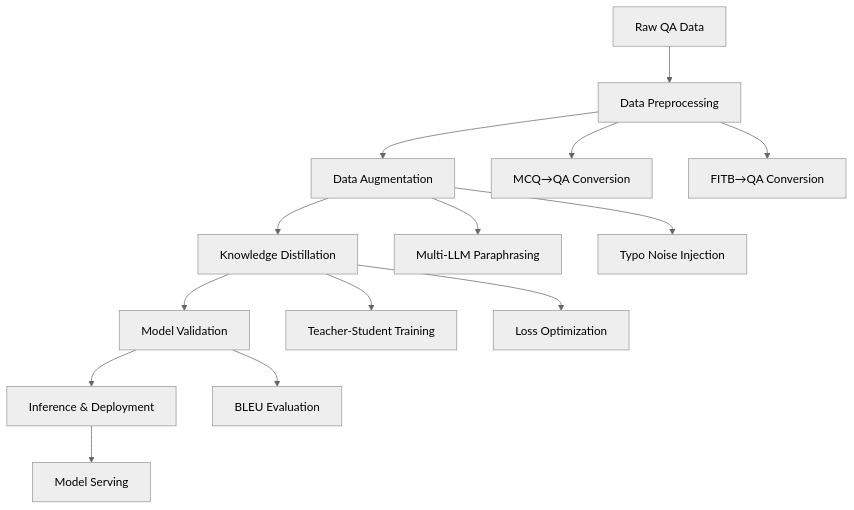
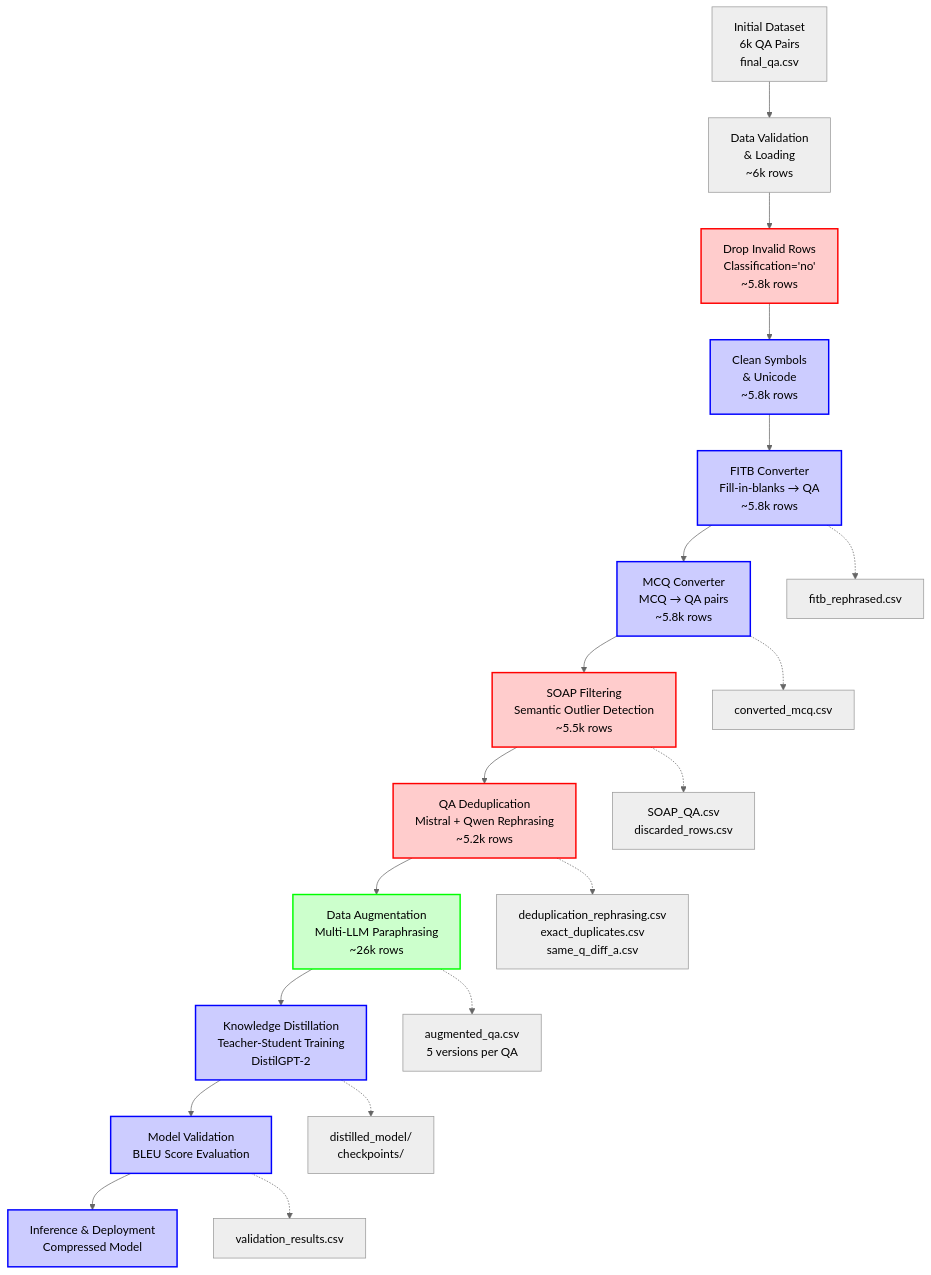
One commit to Dhruvshah0506/Knowledge_Distillation changed the diagram in README.md. Above: the diagram before and after it, drawn with Mermaid (neutral theme). The commit also changed other lines of this file, not shown here.

````diff
--- a/README.md
+++ b/README.md
@@ -13,17 +13,32 @@
 ```mermaid
 graph TD
-    A[Raw QA Data] --> B[Data Preprocessing]
-    B --> C[Data Augmentation] 
-    C --> D[Knowledge Distillation]
-    D --> E[Model Validation]
-    E --> F[Inference & Deployment]
+    A[Initial Dataset<br/>6k QA Pairs<br/>final_qa.csv] --> B[Data Validation<br/>& Loading<br/>~6k rows]
+    B --> C[Drop Invalid Rows<br/>Classification='no'<br/>~5.8k rows]
+    C --> D[Clean Symbols<br/>& Unicode<br/>~5.8k rows]
+    D --> E[FITB Converter<br/>Fill-in-blanks → QA<br/>~5.8k rows]
+    E --> F[MCQ Converter<br/>MCQ → QA pairs<br/>~5.8k rows]
+    F --> G[SOAP Filtering<br/>Semantic Outlier Detection<br/>~5.5k rows]
+    G --> H[QA Deduplication<br/>Mistral + Qwen Rephrasing<br/>~5.2k rows]
+    H --> I[Data Augmentation<br/>Multi-LLM Paraphrasing<br/>~26k rows]
+    I --> J[Knowledge Distillation<br/>Teacher-Student Training<br/>DistilGPT-2]
+    J --> K[Model Validation<br/>BLEU Score Evaluation]
+    K --> L[Inference & Deployment<br/>Compressed Model]
+
+    %% File outputs at each stage
+    E -.-> E1[fitb_rephrased.csv]
+    F -.-> F1[converted_mcq.csv] 
+    G -.-> G1[SOAP_QA.csv<br/>discarded_rows.csv]
+    H -.-> H1[deduplication_rephrasing.csv<br/>exact_duplicates.csv<br/>same_q_diff_a.csv]
+    I -.-> I1[augmented_qa.csv<br/>5 versions per QA]
+    J -.-> J1[distilled_model/<br/>checkpoints/]
+    K -.-> K1[validation_results.csv]
+
+    %% Styling for row changes
+    classDef reduction fill:#ffcccc,stroke:#ff0000,stroke-width:2px
+    classDef expansion fill:#ccffcc,stroke:#00ff00,stroke-width:2px
+    classDef processing fill:#ccccff,stroke:#0000ff,stroke-width:2px
     
-    B --> G[MCQ→QA Conversion]
-    B --> H[FITB→QA Conversion]
-    C --> I[Multi-LLM Paraphrasing]
-    C --> J[Typo Noise Injection]
-    D --> K[Teacher-Student Training]
-    D --> L[Loss Optimization]
-    E --> M[BLEU Evaluation]
-    F --> N[Model Serving]
+    class C,G,H reduction
+    class I expansion
+    class D,E,F,J,K,L processing
 ```
````
